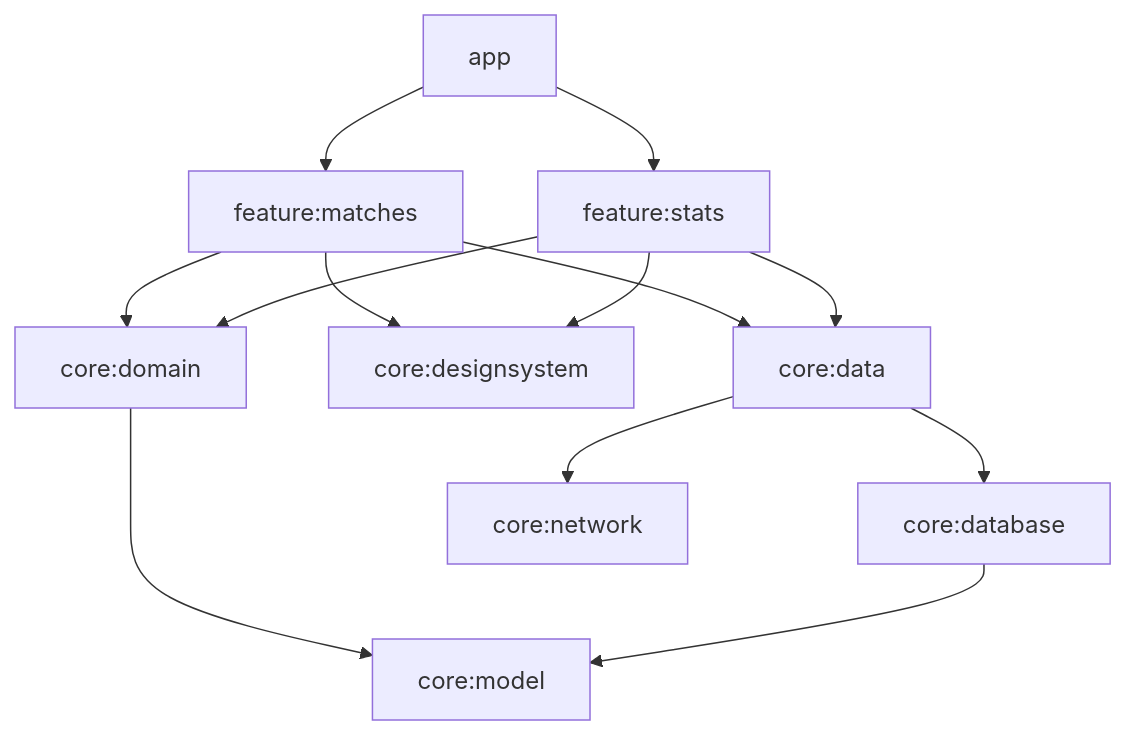
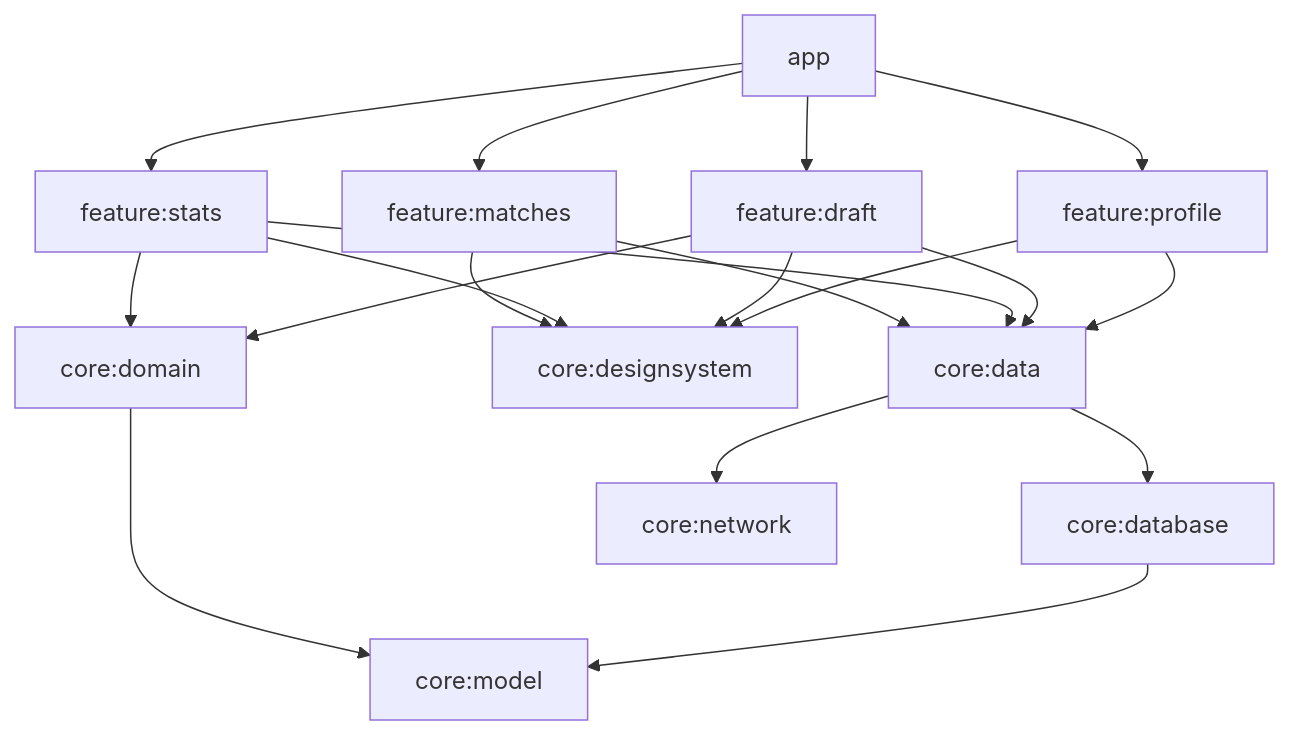
The diagram in README.md (jimmyrom1/lol-tracker), drawn with Mermaid before and after one commit. The commit also changed other lines of this file and 69 other files, not shown here.

First line of the commit message:
feat: match detail, draft helper, live game scouting, profile and auto sync

````diff
--- a/README.md
+++ b/README.md
@@ -59,15 +76,14 @@
 ```mermaid
 graph TD
     app --> fm[feature:matches]
     app --> fs[feature:stats]
-    fm --> data[core:data]
-    fs --> data
-    fm --> ds[core:designsystem]
-    fs --> ds
-    fm --> domain[core:domain]
-    fs --> domain
+    app --> fd[feature:draft]
+    app --> fp[feature:profile]
+    fm & fs & fd & fp --> data[core:data]
+    fm & fs & fd & fp --> ds[core:designsystem]
+    fs & fd --> domain[core:domain]
     data --> database[core:database]
     data --> network[core:network]
     domain --> model[core:model]
     database --> model
 ```
````
